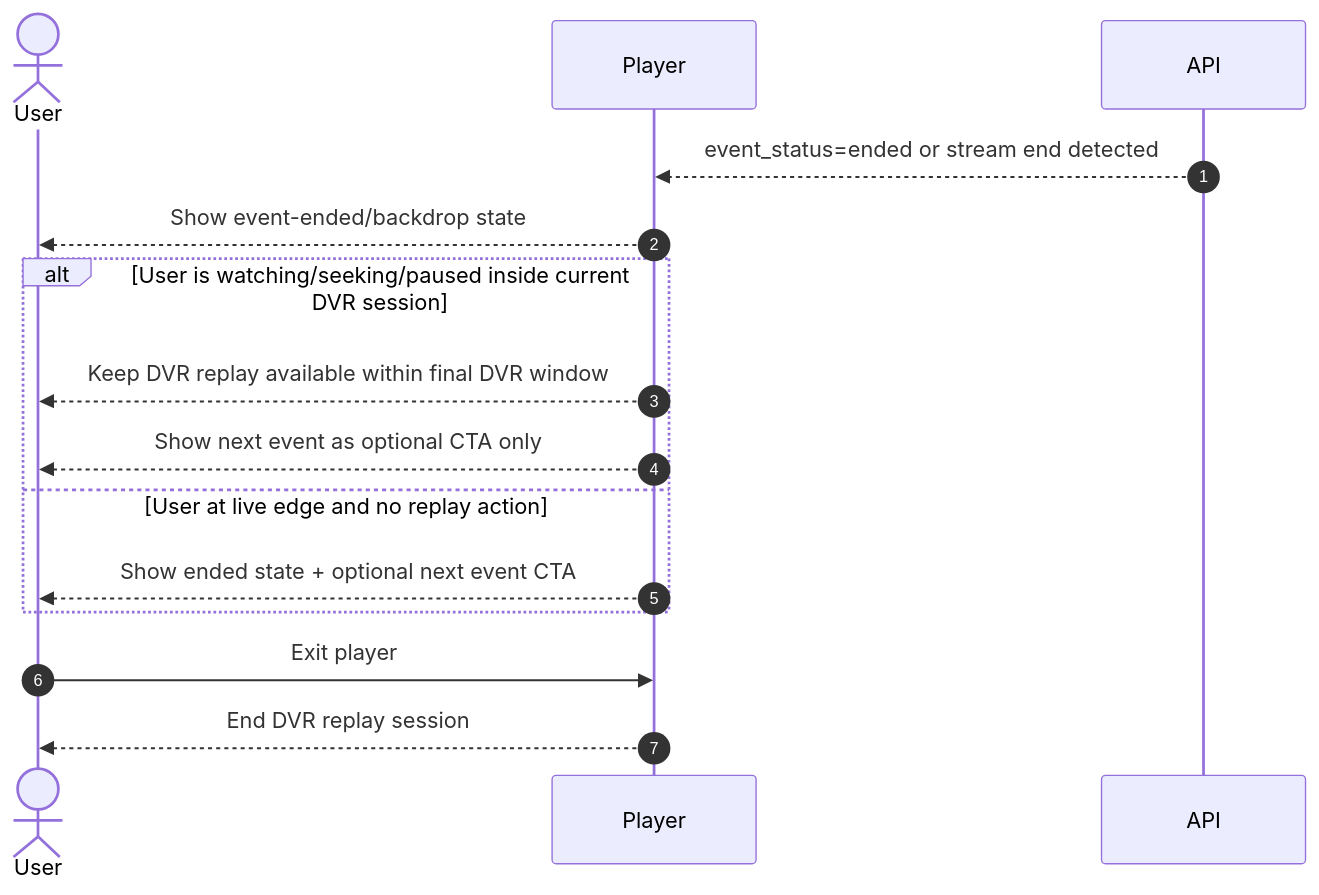
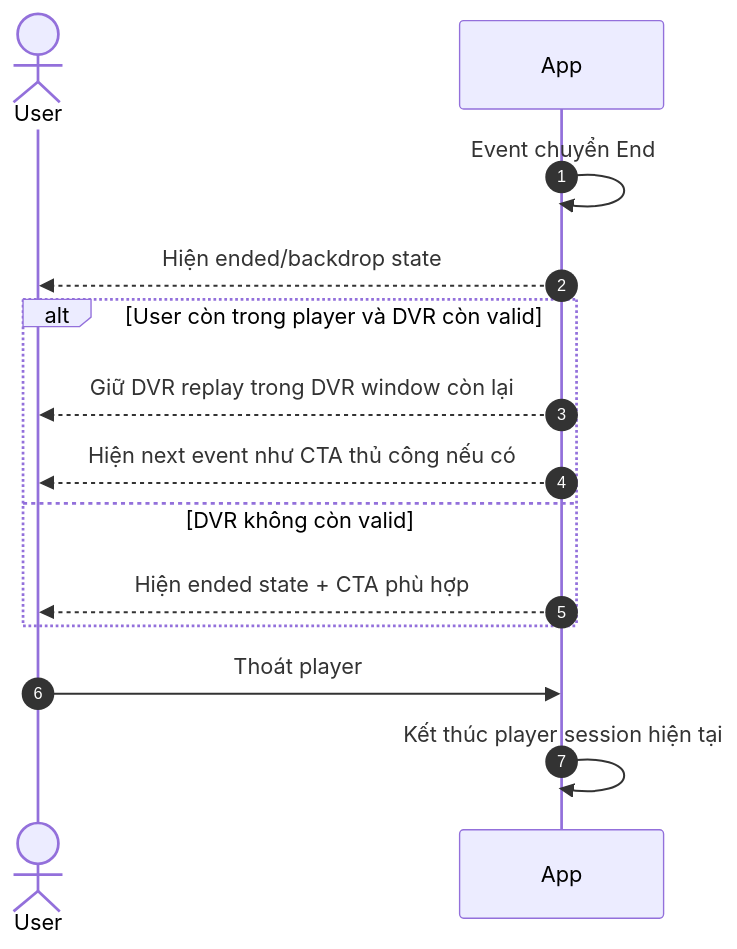
The fourth of 5 diagrams in features/final-docs/Event/Timeshift-Seek/timeshift-seek-functional-requirements.md (duongdang1136/FPTPLay), drawn with Mermaid before and after one commit. The commit also changed other lines of this file and 5 other files, not shown here.

````diff
--- a/features/final-docs/Event/Timeshift-Seek/timeshift-seek-functional-requirements.md
+++ b/features/final-docs/Event/Timeshift-Seek/timeshift-seek-functional-requirements.md
@@ -310,20 +334,20 @@
 ```mermaid
 sequenceDiagram
     autonumber
-    actor User
-    participant Player
-    participant API
 
-    API-->>Player: event_status=ended or stream end detected
-    Player-->>User: Show event-ended/backdrop state
+    actor User as User
+    participant App
 
-    alt User is watching/seeking/paused inside current DVR session
-        Player-->>User: Keep DVR replay available within final DVR window
-        Player-->>User: Show next event as optional CTA only
-    else User at live edge and no replay action
-        Player-->>User: Show ended state + optional next event CTA
+    App->>App: Event chuyển End
+    App-->>User: Hiện ended/backdrop state
+
+    alt User còn trong player và DVR còn valid
+        App-->>User: Giữ DVR replay trong DVR window còn lại
+        App-->>User: Hiện next event như CTA thủ công nếu có
+    else DVR không còn valid
+        App-->>User: Hiện ended state + CTA phù hợp
     end
 
-    User->>Player: Exit player
-    Player-->>User: End DVR replay session
+    User->>App: Thoát player
+    App->>App: Kết thúc player session hiện tại
 ```
````
